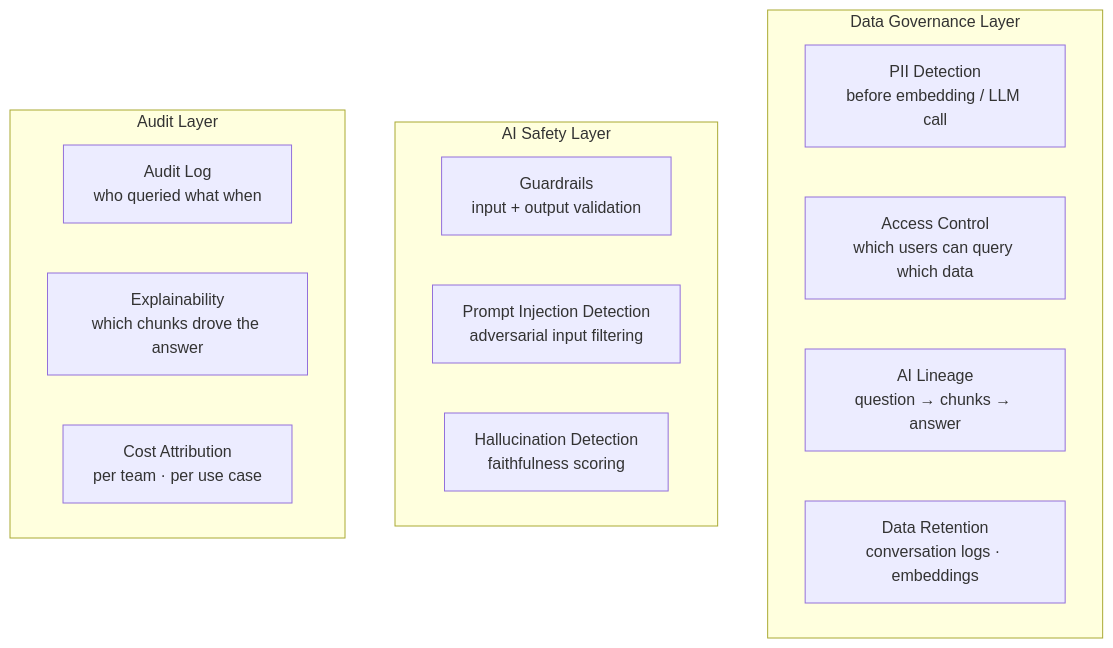
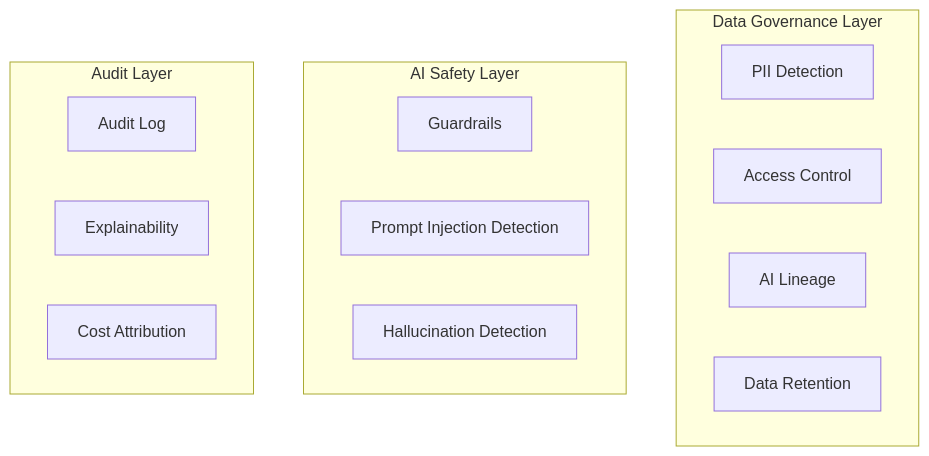
Before and after one commit to gcmishra7/data-engineering-helper: the diagram in 11-ai-data-engineering/07-ai-governance.md, drawn with Mermaid. The commit also changed other lines of this file and 57 other files, not shown here.

First line of the commit message:
Shorten mermaid node labels to fix text truncation on GitHub

````diff
--- a/11-ai-data-engineering/07-ai-governance.md
+++ b/11-ai-data-engineering/07-ai-governance.md
@@ -8,21 +8,21 @@
 ```mermaid
 graph TD
     subgraph Data Governance Layer
-        PII[PII Detection<br/>before embedding / LLM call]
-        ACCESS[Access Control<br/>which users can query which data]
-        LINEAGE[AI Lineage<br/>question → chunks → answer]
-        RETENTION[Data Retention<br/>conversation logs · embeddings]
+        PII[PII Detection]
+        ACCESS[Access Control]
+        LINEAGE[AI Lineage]
+        RETENTION[Data Retention]
     end
 
     subgraph AI Safety Layer
-        GUARD[Guardrails<br/>input + output validation]
-        PROMPT[Prompt Injection Detection<br/>adversarial input filtering]
-        HALLUC[Hallucination Detection<br/>faithfulness scoring]
+        GUARD[Guardrails]
+        PROMPT[Prompt Injection Detection]
+        HALLUC[Hallucination Detection]
     end
 
     subgraph Audit Layer
-        AUDIT_LOG[Audit Log<br/>who queried what when]
-        EXPLAIN[Explainability<br/>which chunks drove the answer]
-        COST_LOG[Cost Attribution<br/>per team · per use case]
+        AUDIT_LOG[Audit Log]
+        EXPLAIN[Explainability]
+        COST_LOG[Cost Attribution]
     end
 ```
````
